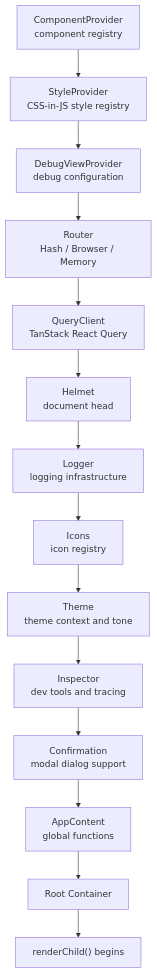
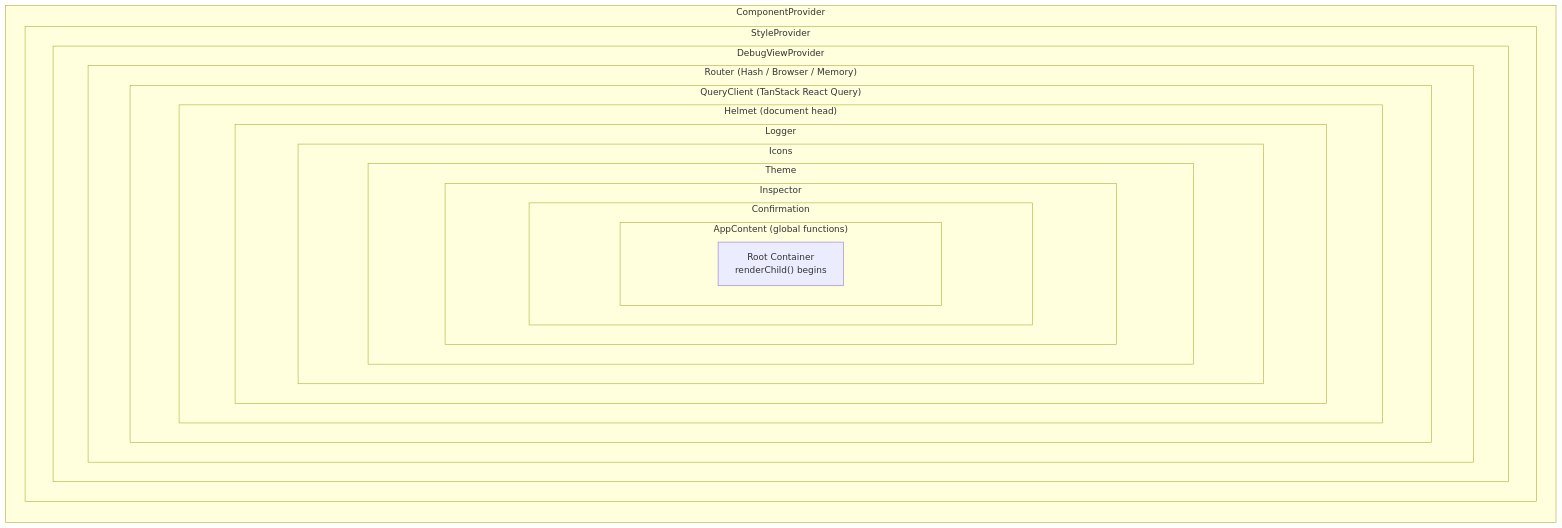
Before and after one commit to xmlui-org/xmlui: the second of 5 diagrams in xmlui/dev-docs/guide/01-mental-model.md, drawn with Mermaid. The commit also changed other lines of this file and 159 other files, not shown here.

````diff
--- a/xmlui/dev-docs/guide/01-mental-model.md
+++ b/xmlui/dev-docs/guide/01-mental-model.md
@@ -155,19 +105,28 @@
 ```mermaid
-flowchart TB
-  componentProvider["ComponentProvider<br/>component registry"]
-  styleProvider["StyleProvider<br/>CSS-in-JS style registry"]
-  debugViewProvider["DebugViewProvider<br/>debug configuration"]
-  router["Router<br/>Hash / Browser / Memory"]
-  queryClient["QueryClient<br/>TanStack React Query"]
-  helmet["Helmet<br/>document head"]
-  logger["Logger<br/>logging infrastructure"]
-  icons["Icons<br/>icon registry"]
-  theme["Theme<br/>theme context and tone"]
-  inspector["Inspector<br/>dev tools and tracing"]
-  confirmation["Confirmation<br/>modal dialog support"]
-  appContent["AppContent<br/>global functions"]
-  rootContainer["Root Container"]
-  renderChild["renderChild() begins"]
-
-  componentProvider --> styleProvider --> debugViewProvider --> router --> queryClient --> helmet --> logger --> icons --> theme --> inspector --> confirmation --> appContent --> rootContainer --> renderChild
+graph LR
+  subgraph CP["ComponentProvider"]
+    subgraph SP["StyleProvider"]
+      subgraph DP["DebugViewProvider"]
+        subgraph R["Router (Hash / Browser / Memory)"]
+          subgraph QC["QueryClient (TanStack React Query)"]
+            subgraph H["Helmet (document head)"]
+              subgraph L["Logger"]
+                subgraph I["Icons"]
+                  subgraph T["Theme"]
+                    subgraph Insp["Inspector"]
+                      subgraph Conf["Confirmation"]
+                        subgraph AC["AppContent (global functions)"]
+                          RC["Root Container<br>renderChild() begins"]
+                        end
+                      end
+                    end
+                  end
+                end
+              end
+            end
+          end
+        end
+      end
+    end
+  end
 ```
````
